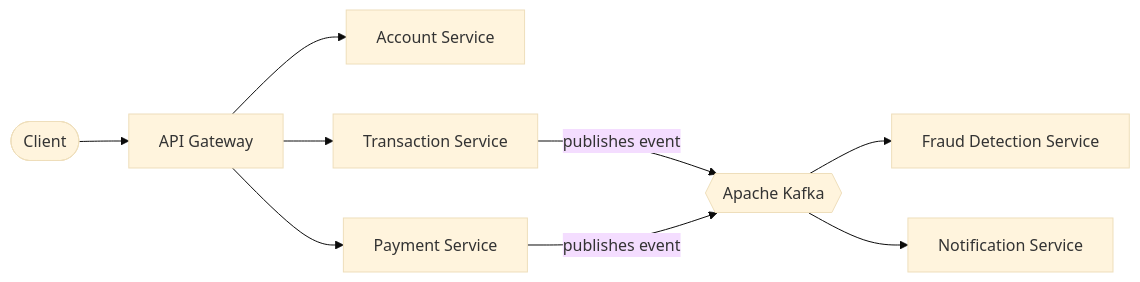
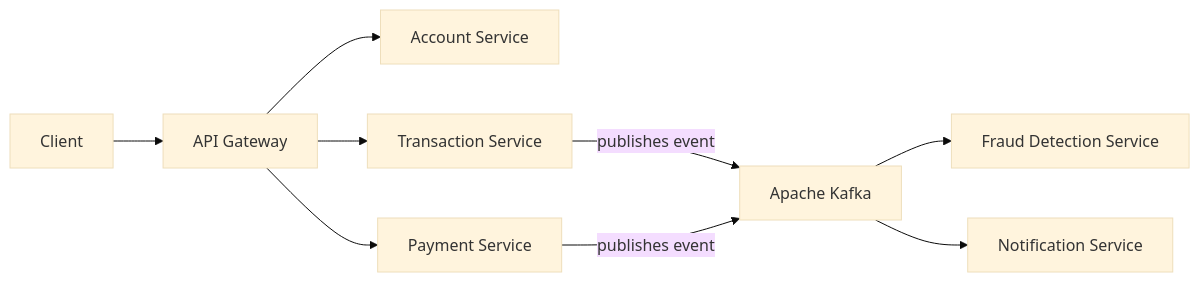
Before and after one commit to elhamdiaziz55-collab/bankaos: the diagram in README.md, drawn with Mermaid (base theme). The commit also changed other lines of this file, not shown here.

````diff
--- a/README.md
+++ b/README.md
@@ -35,11 +28,11 @@
 ```mermaid
 flowchart LR
-    Client([Client]) --> GW[API Gateway]
-    GW --> ACC[Account Service]
-    GW --> TX[Transaction Service]
-    GW --> PAY[Payment Service]
-    TX -- publishes event --> K{{Apache Kafka}}
-    PAY -- publishes event --> K
-    K --> FD[Fraud Detection Service]
-    K --> NOT[Notification Service]
+    Client["Client"] --> GW["API Gateway"]
+    GW --> ACC["Account Service"]
+    GW --> TX["Transaction Service"]
+    GW --> PAY["Payment Service"]
+    TX -->|publishes event| K["Apache Kafka"]
+    PAY -->|publishes event| K
+    K --> FD["Fraud Detection Service"]
+    K --> NOT["Notification Service"]
 ```
````
